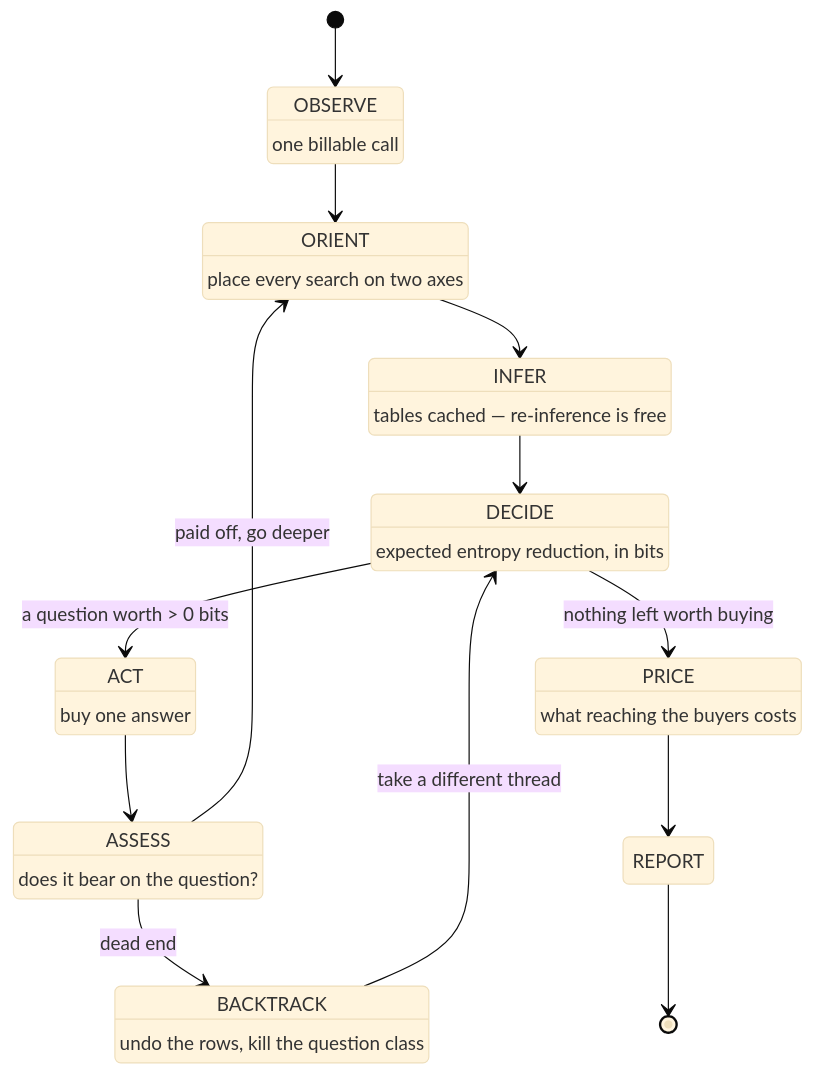
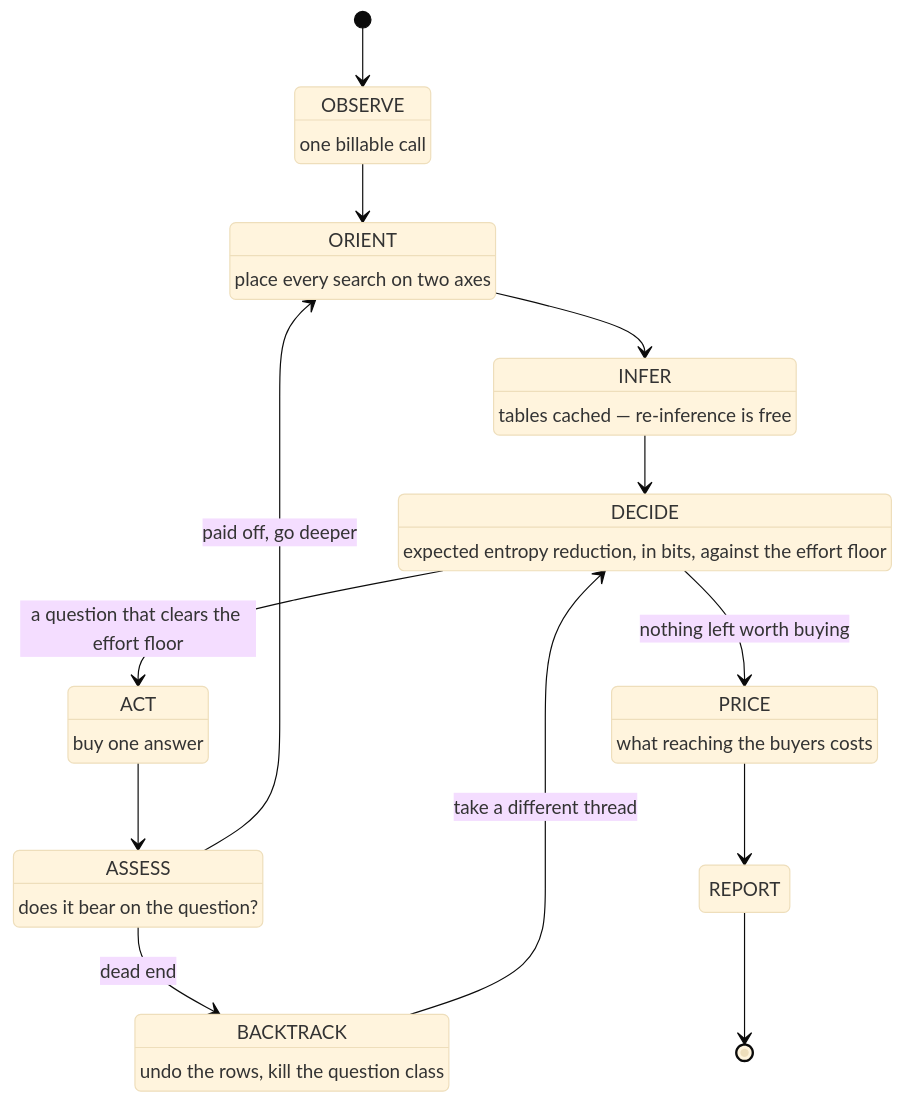
Before and after one commit to samsam32118/demandEngine2: the second of 3 diagrams in .claude/skills/keyword-insights/references/flow.md, drawn with Mermaid (base theme). The commit also changed other lines of this file and 11 other files, not shown here.

````diff
--- a/.claude/skills/keyword-insights/references/flow.md
+++ b/.claude/skills/keyword-insights/references/flow.md
@@ -109,33 +109,33 @@
 ```mermaid
 stateDiagram-v2
     [*] --> OBSERVE
     OBSERVE: OBSERVE
     OBSERVE: one billable call
     ORIENT: ORIENT
     ORIENT: place every search on two axes
     INFER: INFER
     INFER: tables cached — re-inference is free
     DECIDE: DECIDE
-    DECIDE: expected entropy reduction, in bits
+    DECIDE: expected entropy reduction, in bits, against the effort floor
     ACT: ACT
     ACT: buy one answer
     ASSESS: ASSESS
     ASSESS: does it bear on the question?
     BACKTRACK: BACKTRACK
     BACKTRACK: undo the rows, kill the question class
     PRICE: PRICE
     PRICE: what reaching the buyers costs
     REPORT: REPORT
 
     OBSERVE --> ORIENT
     ORIENT --> INFER
     INFER --> DECIDE
-    DECIDE --> ACT: a question worth > 0 bits
+    DECIDE --> ACT: a question that clears the effort floor
     DECIDE --> PRICE: nothing left worth buying
     ACT --> ASSESS
     ASSESS --> ORIENT: paid off, go deeper
     ASSESS --> BACKTRACK: dead end
     BACKTRACK --> DECIDE: take a different thread
     PRICE --> REPORT
     REPORT --> [*]
 ```
````
